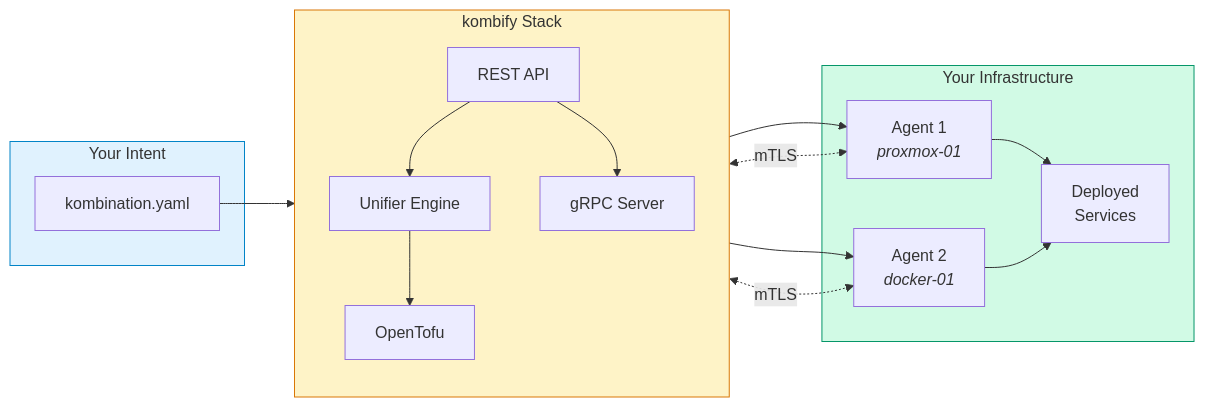
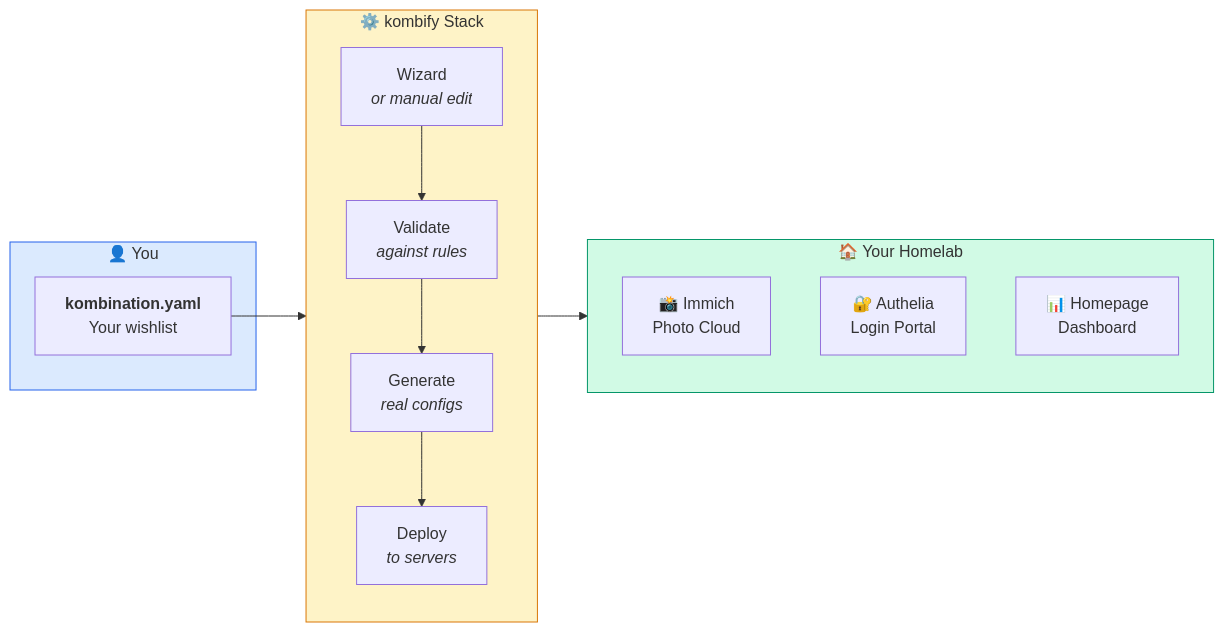
One commit to KombiverseLabs/docs changed the first of 5 diagrams in stack/overview.mdx. Above: the diagram before and after it, drawn with Mermaid. The commit also changed other lines of this file and 31 other files, not shown here.

````diff
--- a/stack/overview.mdx
+++ b/stack/overview.mdx
@@ -35,33 +58,29 @@
 ```mermaid
 flowchart LR
-    subgraph Input["Your Intent"]
-        YAML["kombination.yaml"]
+    subgraph You["👤 You"]
+        YAML["<b>kombination.yaml</b><br/>Your wishlist"]
     end
 
-    subgraph Stack["kombify Stack"]
+    subgraph Stack["⚙️ kombify Stack"]
         direction TB
-        API["REST API"]
-        Unifier["Unifier Engine"]
-        ToFu["OpenTofu"]
-        gRPC["gRPC Server"]
+        Wizard["Wizard<br/><i>or manual edit</i>"]
+        Validate["Validate<br/><i>against rules</i>"]
+        Generate["Generate<br/><i>real configs</i>"]
+        Deploy["Deploy<br/><i>to servers</i>"]
         
-        API --> Unifier
-        Unifier --> ToFu
-        API --> gRPC
+        Wizard --> Validate --> Generate --> Deploy
     end
 
-    subgraph Infra["Your Infrastructure"]
-        Agent1["Agent 1<br/><i>proxmox-01</i>"]
-        Agent2["Agent 2<br/><i>docker-01</i>"]
-        Services["Deployed<br/>Services"]
+    subgraph Result["🏠 Your Homelab"]
+        S1["📸 Immich<br/>Photo Cloud"]
+        S2["🔐 Authelia<br/>Login Portal"]
+        S3["📊 Homepage<br/>Dashboard"]
     end
 
-    YAML --> API
-    ToFu --> Agent1 & Agent2
-    Agent1 & Agent2 --> Services
-    gRPC <-.->|mTLS| Agent1 & Agent2
+    YAML --> Wizard
+    Deploy --> Result
 
-    style Input fill:#e0f2fe,stroke:#0284c7
+    style You fill:#dbeafe,stroke:#2563eb
     style Stack fill:#fef3c7,stroke:#d97706
-    style Infra fill:#d1fae5,stroke:#059669
+    style Result fill:#d1fae5,stroke:#059669
 ```
````
